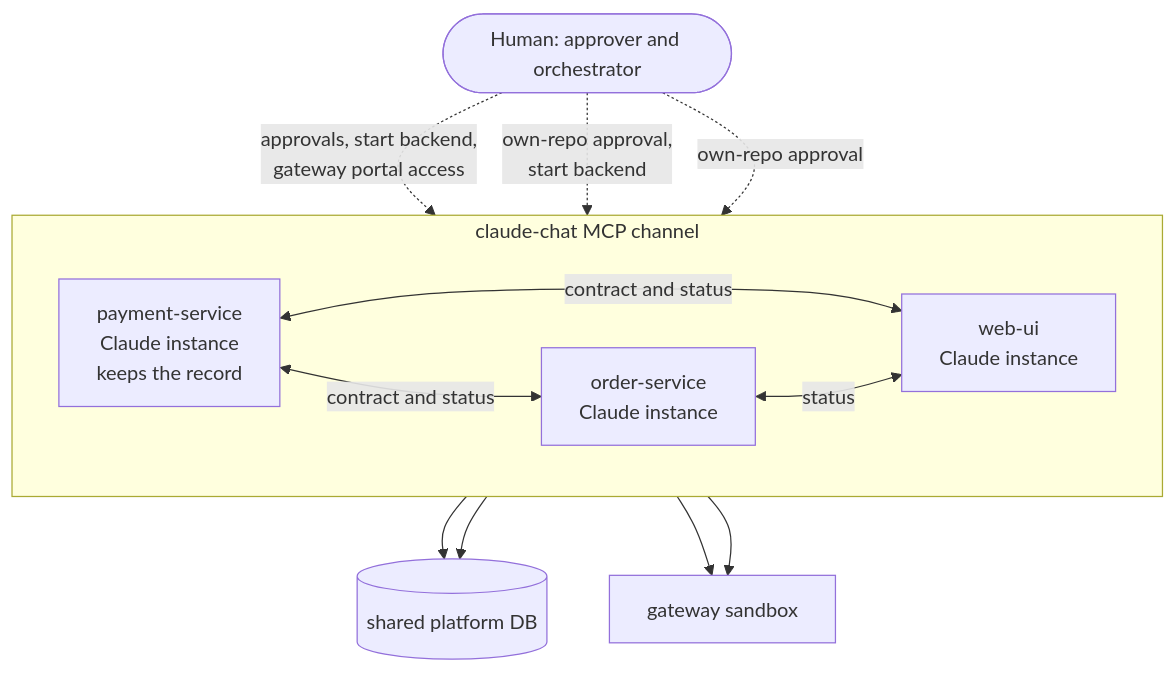
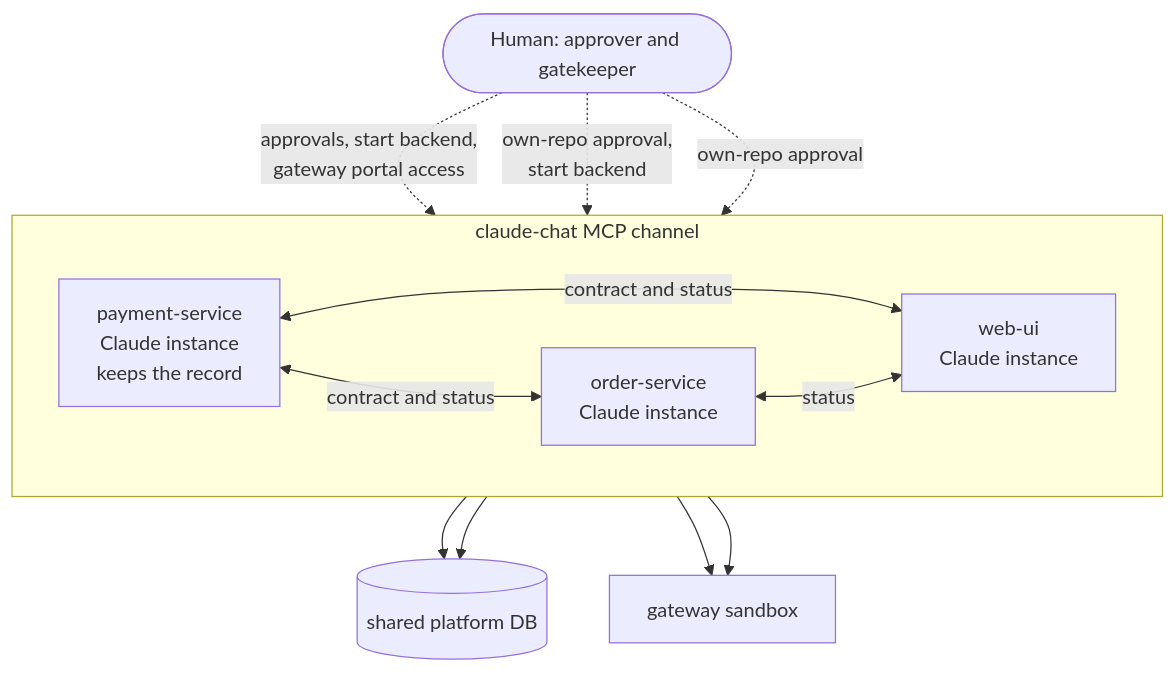
Before and after one commit to vikrantjain/vikrantjain.github.io: the first of 6 diagrams in _posts/2026-06-18-three-claude-code-instances-one-feature.md, drawn with Mermaid. The commit also changed other lines of this file, not shown here.

````diff
--- a/_posts/2026-06-18-three-claude-code-instances-one-feature.md
+++ b/_posts/2026-06-18-three-claude-code-instances-one-feature.md
@@ -56,24 +56,24 @@
 ```mermaid
 flowchart TB
-    U([Human: approver and orchestrator])
+    U([Human: approver and gatekeeper])
 
     subgraph CH[claude-chat MCP channel]
       direction LR
       PAY[payment-service<br/>Claude instance<br/>keeps the record]
       SO[order-service<br/>Claude instance]
       UI[web-ui<br/>Claude instance]
     end
 
     U -. approvals, start backend,<br/>gateway portal access .-> PAY
     U -. own-repo approval,<br/>start backend .-> SO
     U -. own-repo approval .-> UI
 
     PAY <-->|contract and status| SO
     PAY <-->|contract and status| UI
     SO <-->|status| UI
 
     PAY --> DB[(shared platform DB)]
     SO --> DB
     PAY --> GW[gateway sandbox]
     UI --> GW
 ```
````
